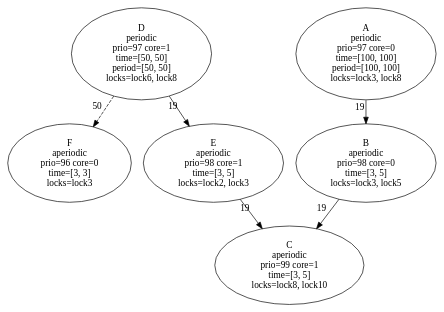
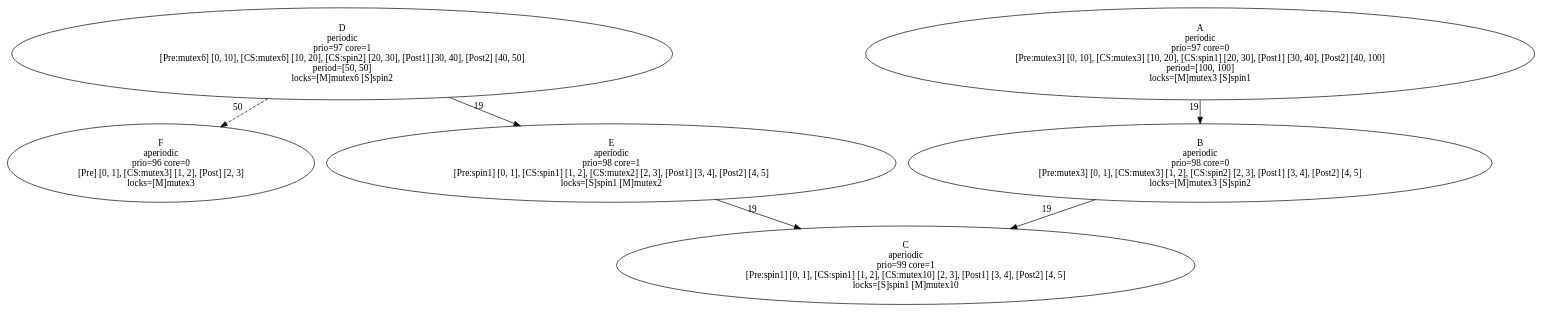
The diagram in example/common.dot (kevindadi/PPTPN), drawn with Graphviz before and after one commit. The commit also changed 14 other files, not shown here.

First line of the commit message:
Refactor task locking mechanism and update JSON schema

```diff
--- a/example/common.dot
+++ b/example/common.dot
@@ -1,13 +1,13 @@
 digraph G {
-    F [label = "F\naperiodic\nprio=96 core=0\ntime=[3, 3]\nlocks=lock3";];
-    E [label = "E\naperiodic\nprio=98 core=1\ntime=[3, 5]\nlocks=lock2, lock3";];
-    A [label = "A\nperiodic\nprio=97 core=0\ntime=[100, 100]\nperiod=[100, 100]\nlocks=lock3, lock8";];
-    D [label = "D\nperiodic\nprio=97 core=1\ntime=[50, 50]\nperiod=[50, 50]\nlocks=lock6, lock8";];
-    C [label = "C\naperiodic\nprio=99 core=1\ntime=[3, 5]\nlocks=lock8, lock10";];
-    B [label = "B\naperiodic\nprio=98 core=0\ntime=[3, 5]\nlocks=lock3, lock5";];
+    F [label = "F\naperiodic\nprio=96 core=0\n[Pre] [0, 1], [CS:mutex3] [1, 2], [Post] [2, 3]\nlocks=[M]mutex3";];
+    E [label = "E\naperiodic\nprio=98 core=1\n[Pre:spin1] [0, 1], [CS:spin1] [1, 2], [CS:mutex2] [2, 3], [Post1] [3, 4], [Post2] [4, 5]\nlocks=[S]spin1 [M]mutex2";];
+    A [label = "A\nperiodic\nprio=97 core=0\n[Pre:mutex3] [0, 10], [CS:mutex3] [10, 20], [CS:spin1] [20, 30], [Post1] [30, 40], [Post2] [40, 100]\nperiod=[100, 100]\nlocks=[M]mutex3 [S]spin1";];
+    D [label = "D\nperiodic\nprio=97 core=1\n[Pre:mutex6] [0, 10], [CS:mutex6] [10, 20], [CS:spin2] [20, 30], [Post1] [30, 40], [Post2] [40, 50]\nperiod=[50, 50]\nlocks=[M]mutex6 [S]spin2";];
+    C [label = "C\naperiodic\nprio=99 core=1\n[Pre:spin1] [0, 1], [CS:spin1] [1, 2], [CS:mutex10] [2, 3], [Post1] [3, 4], [Post2] [4, 5]\nlocks=[S]spin1 [M]mutex10";];
+    B [label = "B\naperiodic\nprio=98 core=0\n[Pre:mutex3] [0, 1], [CS:mutex3] [1, 2], [CS:spin2] [2, 3], [Post1] [3, 4], [Post2] [4, 5]\nlocks=[M]mutex3 [S]spin2";];
     A -> B [xlabel = "19";];
     B -> C [xlabel = "19";];
     D -> E [xlabel = "19";];
     E -> C [xlabel = "19";];
     D -> F [xlabel = "50"; style = "dashed";];
 }
```
